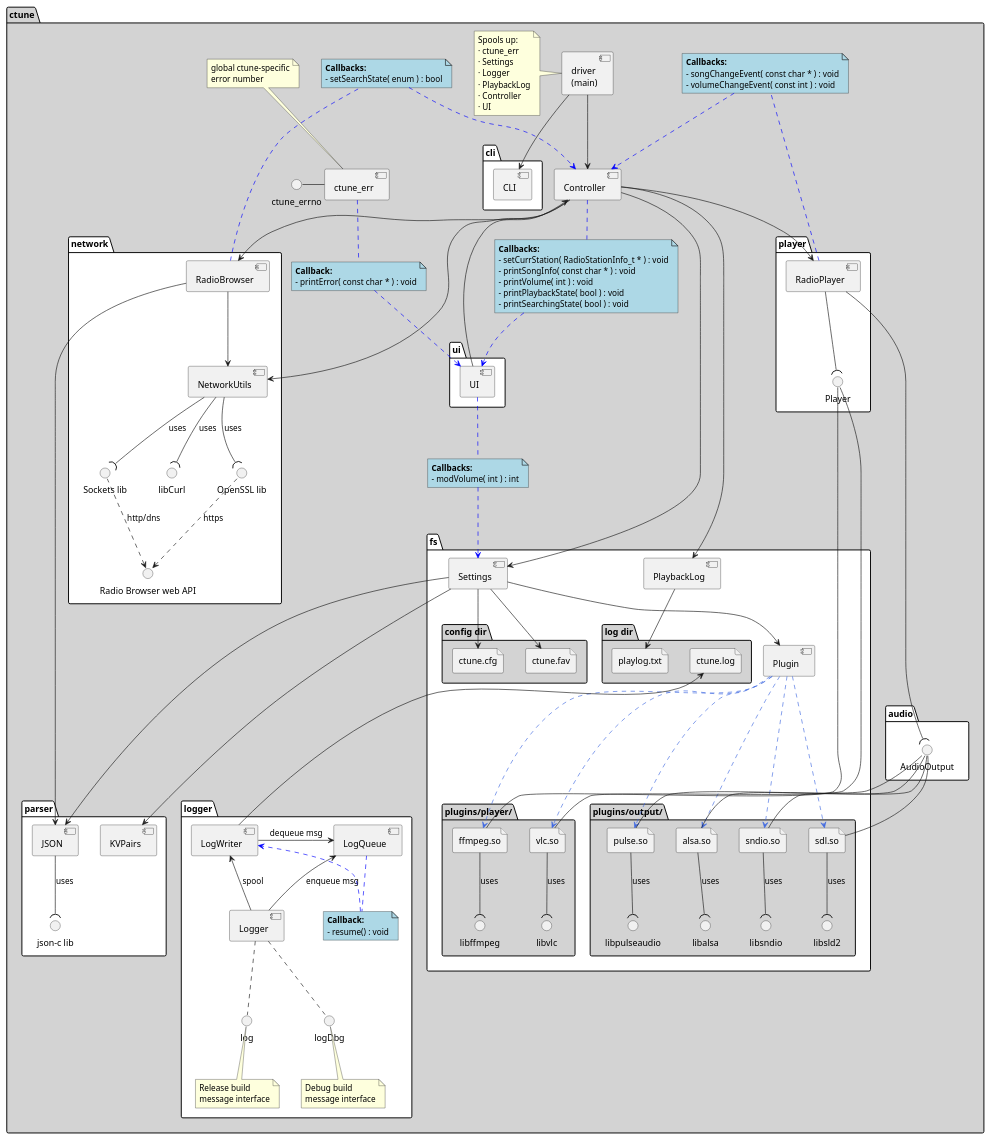
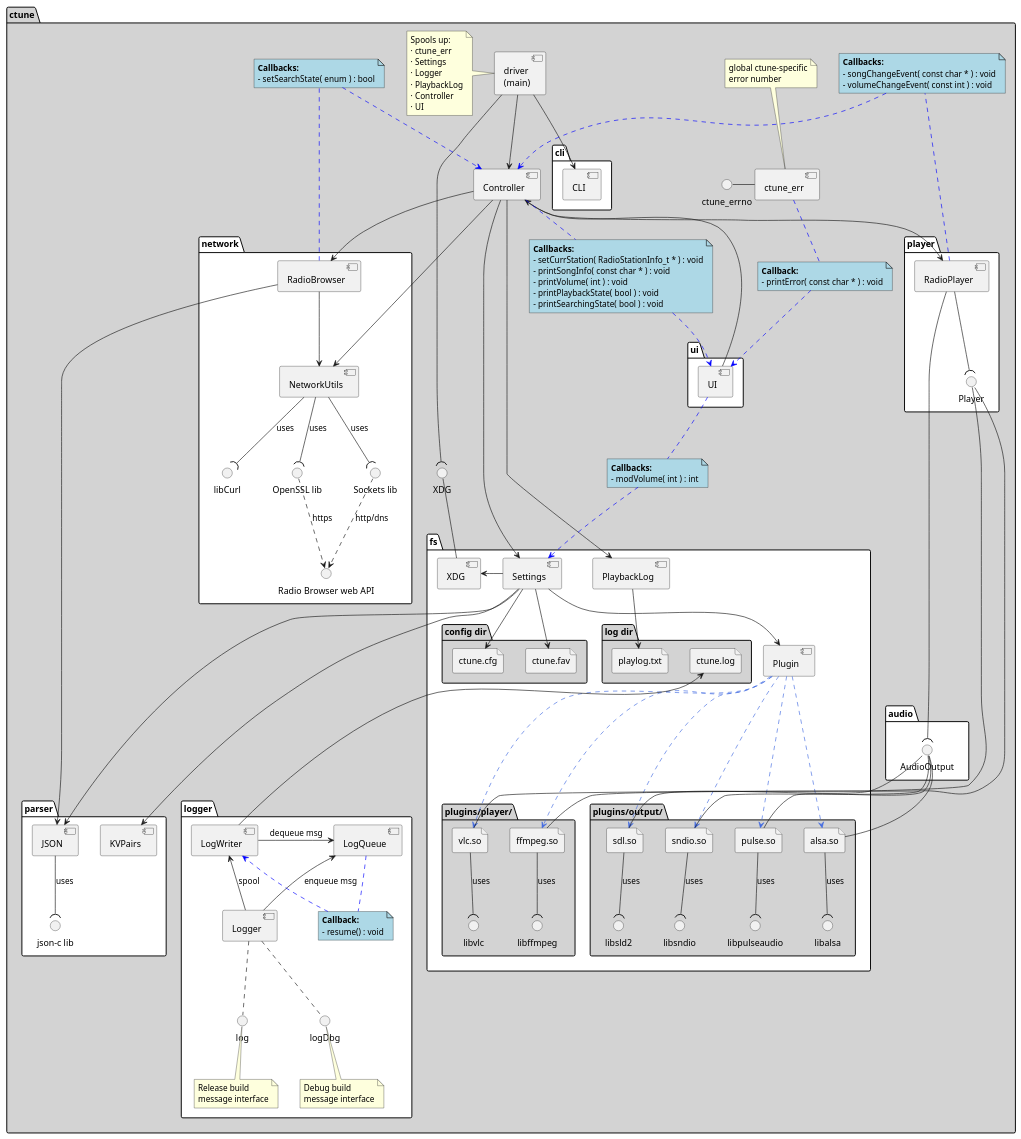
Before and after one commit to An7ar35/ctune: the diagram in docs/design/ctune_core.puml, drawn with PlantUML. The commit also changed 5 other files, not shown here.

```diff
--- a/docs/design/ctune_core.puml
+++ b/docs/design/ctune_core.puml
@@ -1,190 +1,194 @@
 @startuml
 
 'skinparam linetype ortho
 'skinparam linetype polyline
 
 package ctune #lightgrey {
     package network #white {
         component                            NetworkUtils
         component                            RadioBrowser
         interface "Radio Browser web API" as RadioBrowserAPI
         interface "OpenSSL lib"           as OpenSSL
         interface "Sockets lib"           as Sockets
         interface "libCurl"               as Curl
 
         [RadioBrowser] -->  [NetworkUtils]
 
         NetworkUtils --( OpenSSL : "uses"
         NetworkUtils --( Sockets : "uses"
         NetworkUtils --( Curl    : "uses"
         OpenSSL      ..> RadioBrowserAPI : https
         Sockets      ..> RadioBrowserAPI : http/dns
     }
 
     package parser #white {
         component JSON
         interface JSONlib as "json-c lib"
         component KVPairs
 
         JSON --( JSONlib : uses
     }
 
     package fs #white {
         component PlaybackLog
         component Settings
+        component XDG
         component Plugin
 
         package "plugins/player/" as plugins_in #lightgrey {
             file      ffmpeg.so
             file      vlc.so
             interface libffmpeg
             interface libvlc
 
             ffmpeg.so -down-( libffmpeg : uses
             vlc.so    -down-( libvlc : uses
         }
 
         package "plugins/output/" as plugins_out #lightgrey {
             file pulse.so
             file alsa.so
             file sdl.so
             file sndio.so
 
             interface libalsa
             interface libpulseaudio
             interface libsld2
 
             pulse.so -down-( libpulseaudio : uses
             alsa.so -down-( libalsa : uses
             sdl.so -down-( libsld2 : uses
             sndio.so -down-( libsndio : uses
         }
 
         package "config dir" #lightgrey {
             file cfgfile as "ctune.cfg"
             file favfile as "ctune.fav"
         }
 
         package "log dir" #lightgrey {
             file playlog as "playlog.txt"
             file logfile as "ctune.log"
         }
 
         Plugin .[#RoyalBlue]..> ffmpeg.so
         Plugin .[#RoyalBlue]..> vlc.so
         Plugin .[#RoyalBlue]..> pulse.so
         Plugin .[#RoyalBlue]..> alsa.so
         Plugin .[#RoyalBlue]..> sdl.so
         Plugin .[#RoyalBlue]..> sndio.so
 
+        Settings -> XDG
         Settings -down-> cfgfile
         Settings -down-> favfile
 
         PlaybackLog -down-> playlog
     }
 
     package audio #white {
         interface AudioOutput
     }
 
     AudioOutput -- pulse.so
     AudioOutput -- alsa.so
     AudioOutput -- sdl.so
     AudioOutput -- sndio.so
 
     package player #white {
         component RadioPlayer
         interface Player
 
         RadioPlayer -down-( Player
     }
 
     Player -- ffmpeg.so
     Player -- vlc.so
     RadioPlayer --( AudioOutput
 
     package cli #white {
         component CLI
     }
 
     package ui #white {
         component UI
     }
 
     package logger #white {
         interface log
         interface logDbg
         component Logger
         component LogQueue
         component LogWriter
 
         log .up. Logger
         logDbg .up. Logger
 
         Logger -up-> LogQueue : enqueue msg
         Logger --> LogWriter : spool
         LogWriter -right-> LogQueue : dequeue msg
         LogWriter -up--> logfile
 
         note bottom of log    : Release build\nmessage interface
         note bottom of logDbg : Debug build\nmessage interface
 
         note "**Callback:**\n- resume() : void" as LogCB1 #lightblue
         LogQueue .[#blue].  LogCB1
         LogCB1   .[#blue].> LogWriter
     }
 
     interface "ctune_errno" as iErr1
     component ctune_err
     iErr1 - ctune_err
     note top of ctune_err : global ctune-specific\nerror number
 
     component Controller
     component "driver\n(main)" as driver
 
     note left of driver : Spools up:\n· ctune_err\n· Settings\n· Logger\n· PlaybackLog\n· Controller\n· UI
 
 
     driver --> CLI
     driver --> Controller
     Settings  -->   Plugin
 
     RadioBrowser -->   JSON
 
     Controller <--    UI
     Controller  -->   RadioPlayer
     Controller  ----> NetworkUtils
     Controller  -->   RadioBrowser
     Controller  --->  PlaybackLog
     Controller  -->   Settings
 
-
+    interface iXDG as "XDG"
+    iXDG -- XDG
     Settings    ----> JSON
     Settings    ----> KVPairs
+    driver --( iXDG
 
 
     note "**Callbacks:**\n- setCurrStation( RadioStationInfo_t * ) : void\n- printSongInfo( const char * ) : void\n- printVolume( int ) : void\n- printPlaybackState( bool ) : void\n- printSearchingState( bool ) : void" as Callbacks1 #lightblue
     Controller .[#blue].  Callbacks1
     Callbacks1 .[#blue].> UI
 
     note "**Callbacks:**\n- songChangeEvent( const char * ) : void\n- volumeChangeEvent( const int ) : void" as Callbacks2 #lightblue
     RadioPlayer .[#blue].  Callbacks2
     Callbacks2  .[#blue].> Controller
 
     note "**Callbacks:**\n- setSearchState( enum ) : bool" as Callbacks3 #lightblue
     RadioBrowser .[#blue].  Callbacks3
     Callbacks3   .[#blue].> Controller
 
     note "**Callbacks:**\n- modVolume( int ) : int" as Callbacks4 #lightblue
     UI .[#blue]. Callbacks4
     Callbacks4 .[#blue].> Settings
 
     note "**Callback:**\n- printError( const char * ) : void" as Callbacks5 #lightblue
     ctune_err .[#blue]. Callbacks5
     Callbacks5 .[#blue].> UI
 
 '    note "**Callback:**\n- playbackCtrl( enum ) : bool\n- songChangeEvent( const char * ) : void" as Callbacks6 #lightblue
 '    AudioOutput .[#blue]. Callbacks6
 '    Callbacks6 .[#blue].> Player
 }
 @enduml
```
